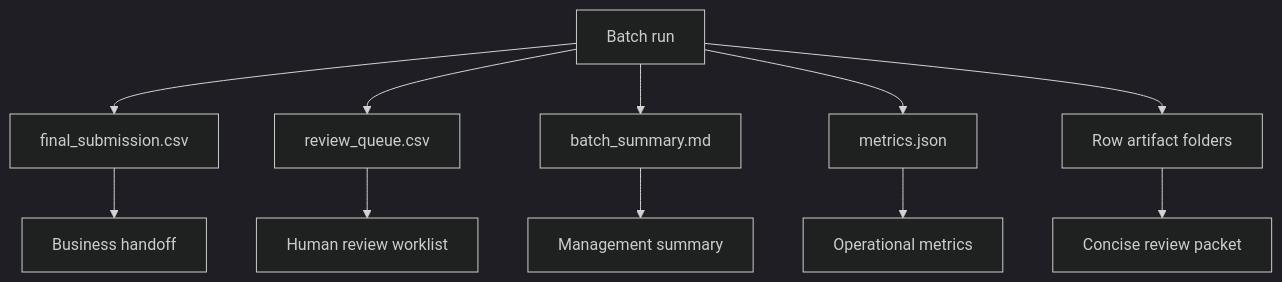
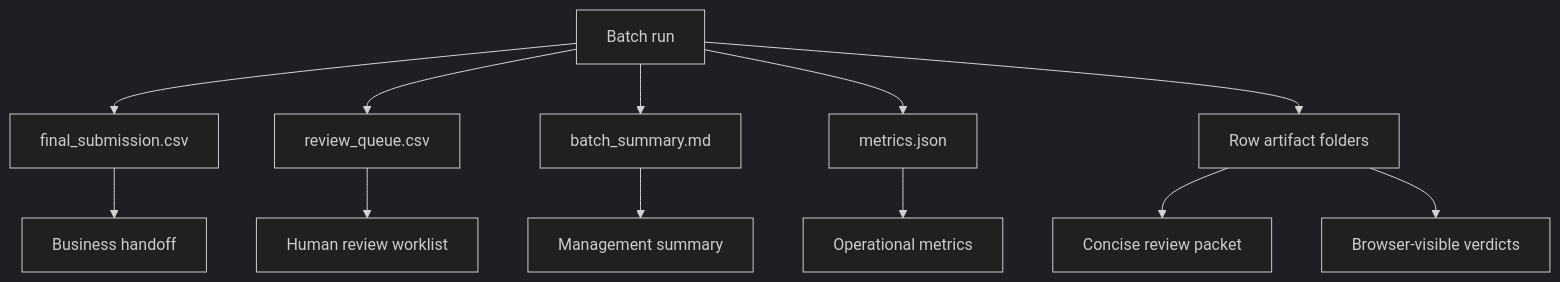
The first of 5 diagrams in docs/ARTIFACT_GUIDE.md (Akilankm/web_search_tool), drawn with Mermaid (dark theme) before and after one commit. The commit also changed other lines of this file, not shown here.

Commit message:
Update artifact guide for visible verdicts

````diff
--- a/docs/ARTIFACT_GUIDE.md
+++ b/docs/ARTIFACT_GUIDE.md
@@ -21,14 +22,15 @@
 ```mermaid
 flowchart TD
     A[Batch run] --> B[final_submission.csv]
     A --> C[review_queue.csv]
     A --> D[batch_summary.md]
     A --> E[metrics.json]
     A --> F[Row artifact folders]
 
     B --> G[Business handoff]
     C --> H[Human review worklist]
     D --> I[Management summary]
     E --> J[Operational metrics]
     F --> K[Concise review packet]
+    F --> L[Browser-visible verdicts]
 ```
````
